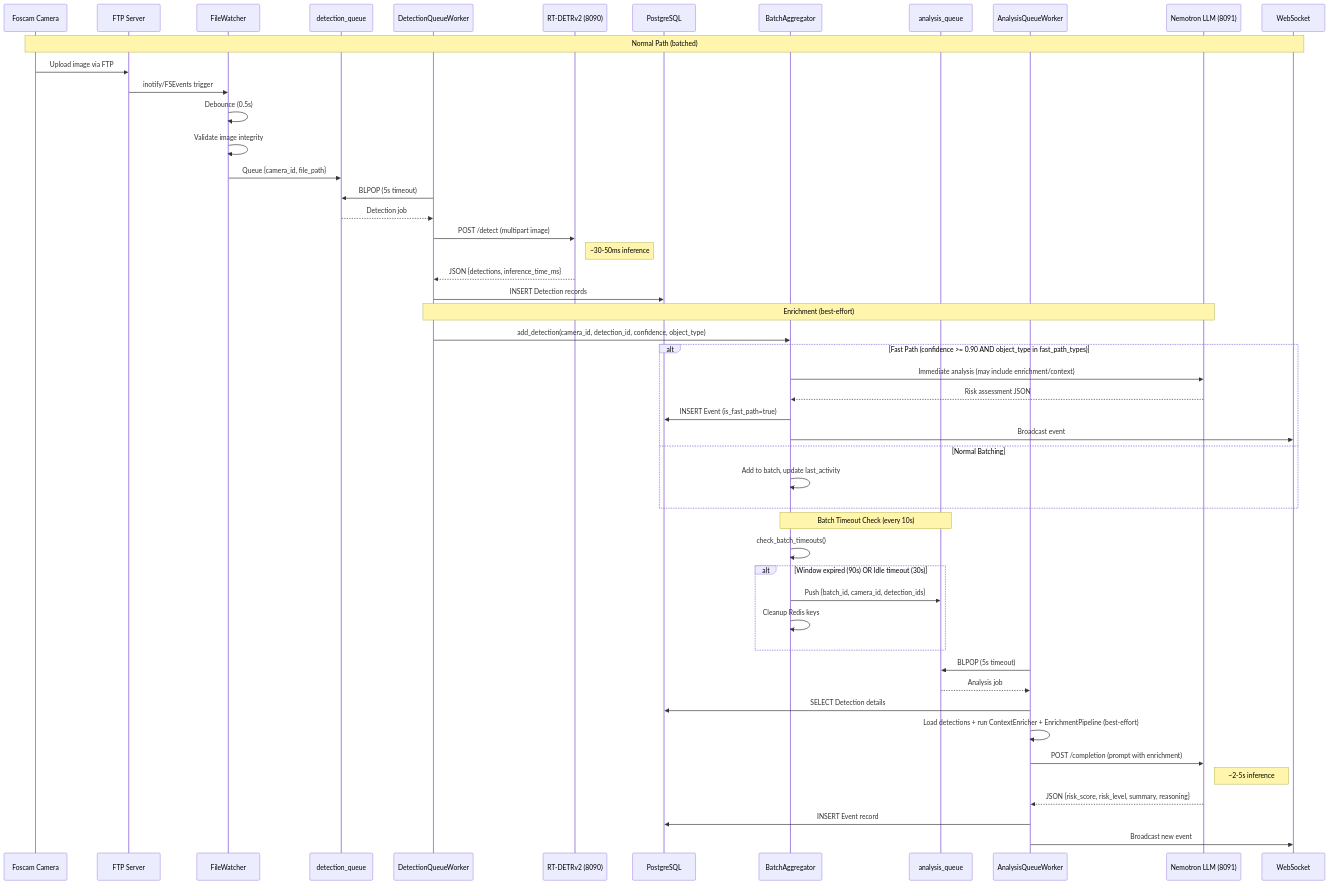
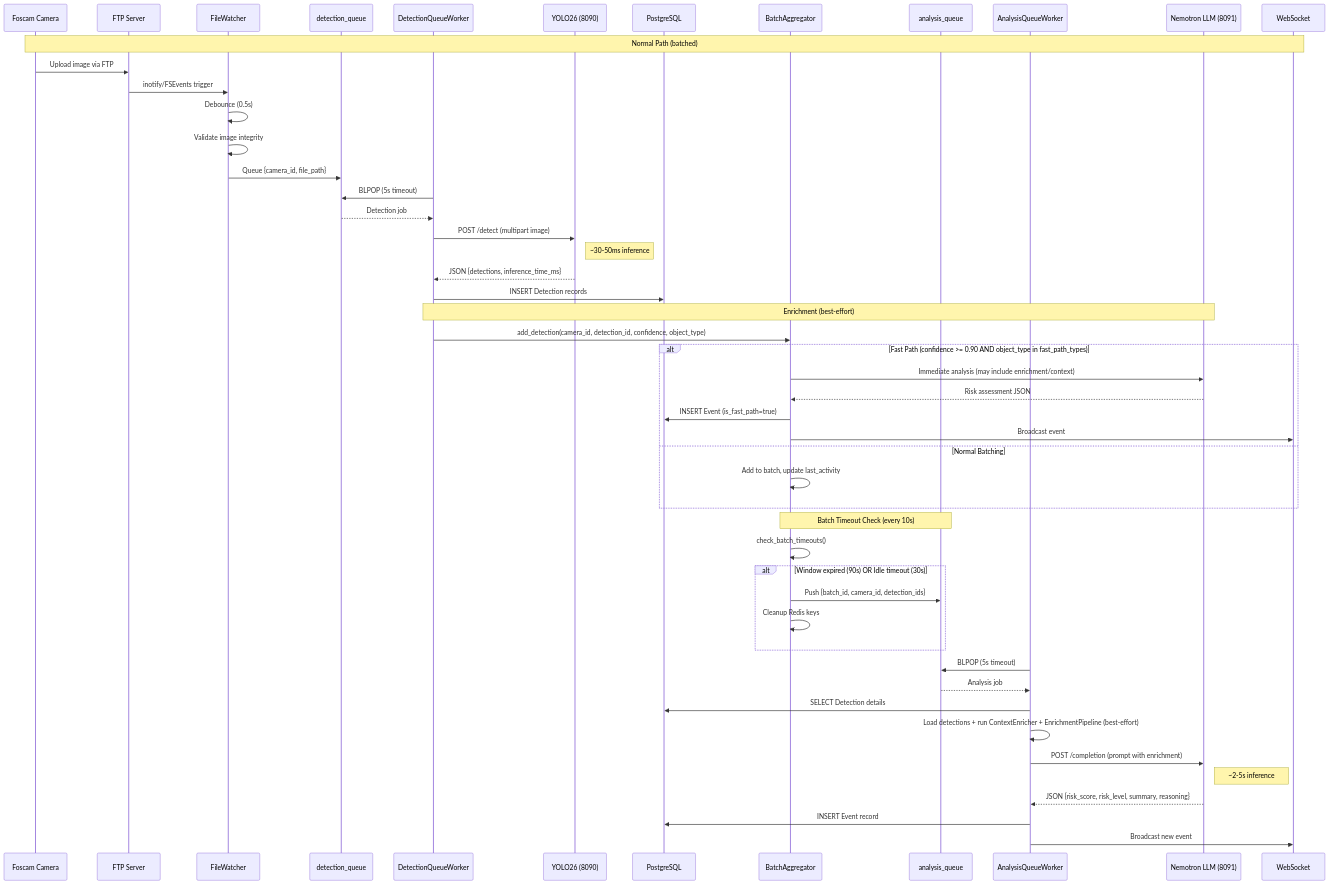
One commit to mikesvoboda/nemotron-v3-home-security-intelligence changed the first of 6 diagrams in docs/architecture/ai-pipeline.md. Above: the diagram before and after it, drawn with Mermaid. The commit also changed other lines of this file and 474 other files, not shown here.

````diff
--- a/docs/architecture/ai-pipeline.md
+++ b/docs/architecture/ai-pipeline.md
@@ -82,59 +82,59 @@
 ```mermaid
 sequenceDiagram
     participant Camera as Foscam Camera
     participant FTP as FTP Server
     participant FW as FileWatcher
     participant DQ as detection_queue
     participant DW as DetectionQueueWorker
-    participant RT as RT-DETRv2 (8090)
+    participant RT as YOLO26 (8090)
     participant DB as PostgreSQL
     participant BA as BatchAggregator
     participant AQ as analysis_queue
     participant AW as AnalysisQueueWorker
     participant NEM as Nemotron LLM (8091)
     participant WS as WebSocket
 
     Note over Camera,WS: Normal Path (batched)
     Camera->>FTP: Upload image via FTP
     FTP->>FW: inotify/FSEvents trigger
     FW->>FW: Debounce (0.5s)
     FW->>FW: Validate image integrity
     FW->>DQ: Queue {camera_id, file_path}
 
     DW->>DQ: BLPOP (5s timeout)
     DQ-->>DW: Detection job
 
     DW->>RT: POST /detect (multipart image)
     Note right of RT: ~30-50ms inference
     RT-->>DW: JSON {detections, inference_time_ms}
     DW->>DB: INSERT Detection records
 
     Note over DW,NEM: Enrichment (best-effort)
     DW->>BA: add_detection(camera_id, detection_id, confidence, object_type)
 
     alt Fast Path (confidence >= 0.90 AND object_type in fast_path_types)
         BA->>NEM: Immediate analysis (may include enrichment/context)
         NEM-->>BA: Risk assessment JSON
         BA->>DB: INSERT Event (is_fast_path=true)
         BA->>WS: Broadcast event
     else Normal Batching
         BA->>BA: Add to batch, update last_activity
     end
 
     Note over BA,AQ: Batch Timeout Check (every 10s)
     BA->>BA: check_batch_timeouts()
     alt Window expired (90s) OR Idle timeout (30s)
         BA->>AQ: Push {batch_id, camera_id, detection_ids}
         BA->>BA: Cleanup Redis keys
     end
 
     AW->>AQ: BLPOP (5s timeout)
     AQ-->>AW: Analysis job
     AW->>DB: SELECT Detection details
     AW->>AW: Load detections + run ContextEnricher + EnrichmentPipeline (best-effort)
     AW->>NEM: POST /completion (prompt with enrichment)
     Note right of NEM: ~2-5s inference
     NEM-->>AW: JSON {risk_score, risk_level, summary, reasoning}
     AW->>DB: INSERT Event record
     AW->>WS: Broadcast new event
 ```
````
